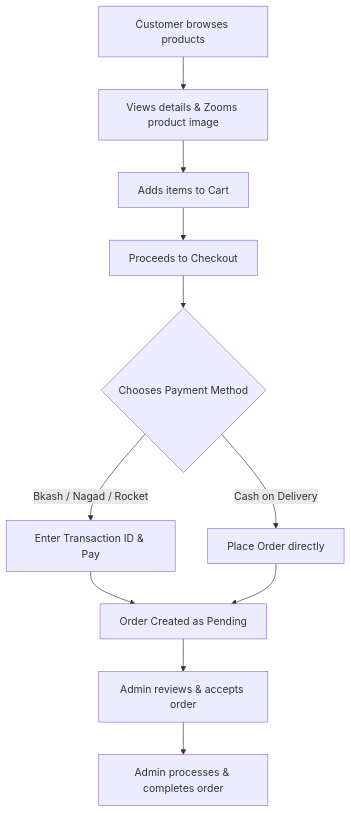
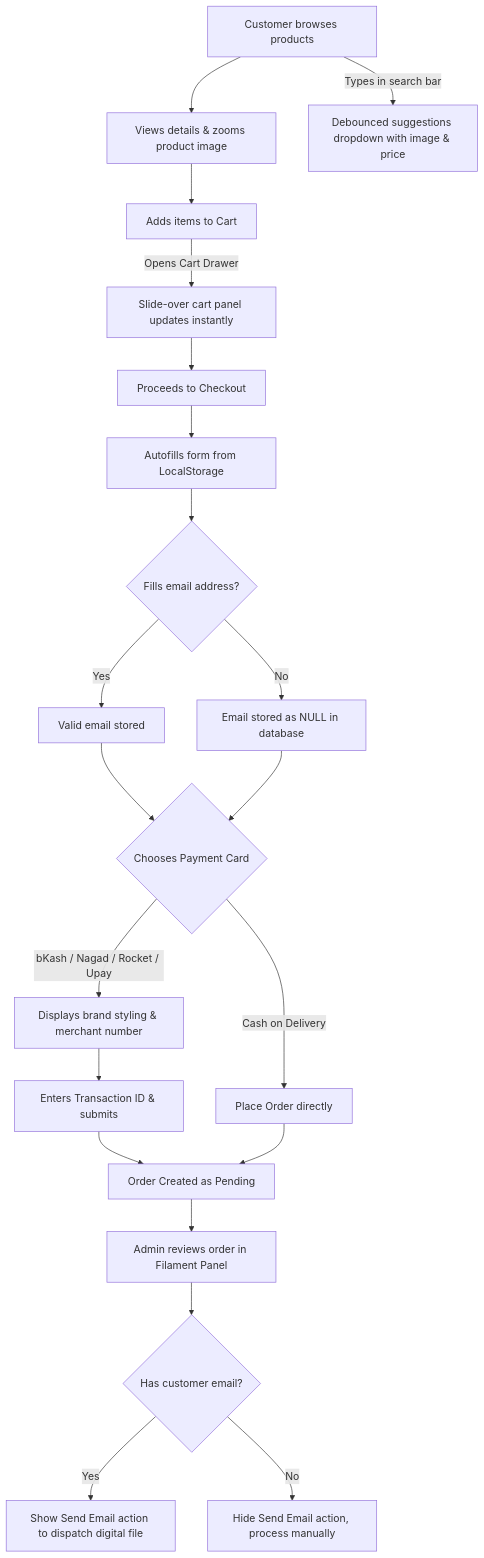
One commit to mdkhairul773islam/dorkarbuy.shop changed the diagram in README.md. Above: the diagram before and after it, drawn with Mermaid. The commit also changed other lines of this file, not shown here.

Commit message:
docs: update README with detailed Phase 1-3 improvements and new system workflow diagram

````diff
--- a/README.md
+++ b/README.md
@@ -19,13 +19,21 @@
 ```mermaid
 graph TD
-    A[Customer browses products] --> B[Views details & Zooms product image]
+    A[Customer browses products] --> B[Views details & zooms product image]
+    A -->|Types in search bar| A1[Debounced suggestions dropdown with image & price]
     B --> C[Adds items to Cart]
-    C --> D[Proceeds to Checkout]
-    D --> E{Chooses Payment Method}
-    E -->|Bkash / Nagad / Rocket| F[Enter Transaction ID & Pay]
+    C -->|Opens Cart Drawer| C1[Slide-over cart panel updates instantly]
+    C1 --> D[Proceeds to Checkout]
+    D --> D1[Autofills form from LocalStorage]
+    D1 --> D2{Fills email address?}
+    D2 -->|Yes| D3[Valid email stored]
+    D2 -->|No| D4[Email stored as NULL in database]
+    D3 & D4 --> E{Chooses Payment Card}
+    E -->|bKash / Nagad / Rocket / Upay| F[Displays brand styling & merchant number]
+    F --> F1[Enters Transaction ID & submits]
     E -->|Cash on Delivery| G[Place Order directly]
-    F --> H[Order Created as Pending]
-    G --> H
-    H --> I[Admin reviews & accepts order]
-    I --> J[Admin processes & completes order]
+    F1 & G --> H[Order Created as Pending]
+    H --> I[Admin reviews order in Filament Panel]
+    I --> I1{Has customer email?}
+    I1 -->|Yes| I2[Show Send Email action to dispatch digital file]
+    I1 -->|No| I3[Hide Send Email action, process manually]
 ```
````
